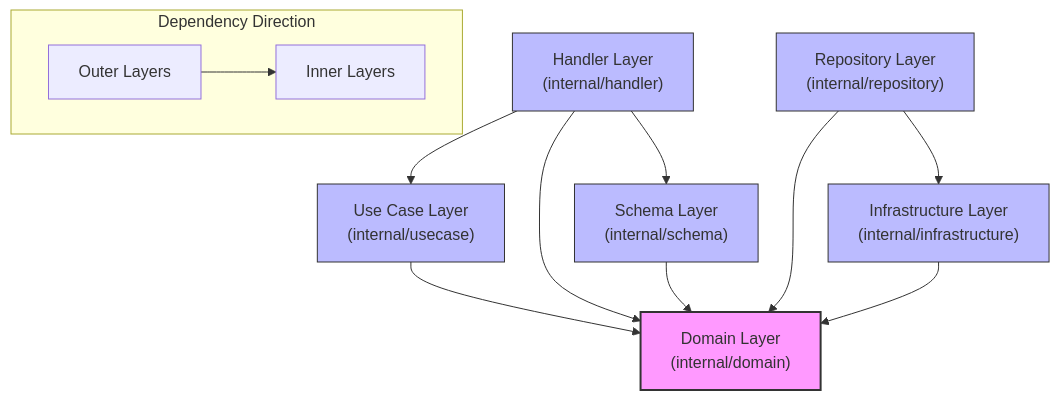
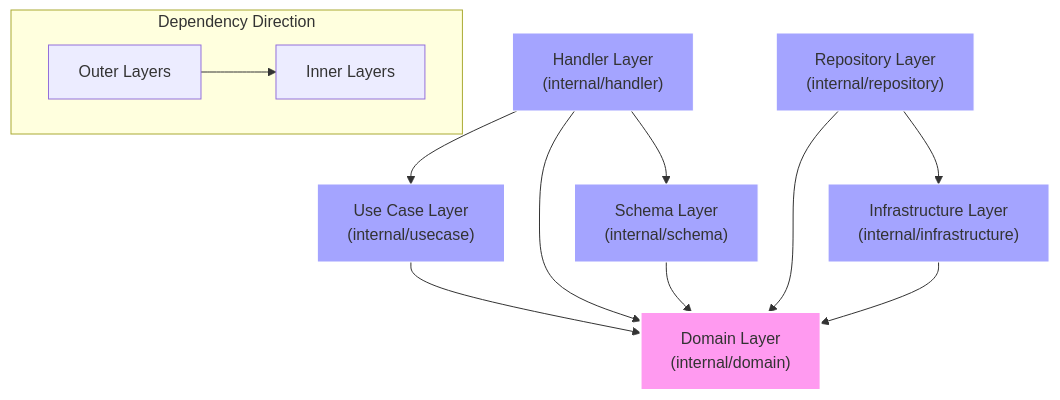
Before and after one commit to ohta-rh/go-backend-boilerplate: the sixth of 6 diagrams in README.md, drawn with Mermaid. The commit also changed other lines of this file, not shown here.

````diff
--- a/README.md
+++ b/README.md
@@ -297,29 +297,29 @@
 ```mermaid
 flowchart TD
     subgraph "Dependency Direction"
         direction LR
         Outer["Outer Layers"] --> Inner["Inner Layers"]
     end
     
     Domain["Domain Layer<br/>(internal/domain)"]
     UseCase["Use Case Layer<br/>(internal/usecase)"]
     Handler["Handler Layer<br/>(internal/handler)"]
     Repository["Repository Layer<br/>(internal/repository)"]
     Infrastructure["Infrastructure Layer<br/>(internal/infrastructure)"]
     Schema["Schema Layer<br/>(internal/schema)"]
     
     Handler --> UseCase
     Handler --> Domain
     Handler --> Schema
     UseCase --> Domain
     Repository --> Domain
     Repository --> Infrastructure
     Infrastructure --> Domain
     Schema --> Domain
     
-    classDef core fill:#f9f,stroke:#333,stroke-width:2px;
-    classDef outer fill:#bbf,stroke:#333,stroke-width:1px;
+    classDef core fill:#ff9af0,stroke:#fff,stroke-width:2px;
+    classDef outer fill:#a4a4ff,stroke:#fff,stroke-width:1px;
     
     class Domain core;
     class UseCase,Handler,Repository,Infrastructure,Schema outer;
 ```
````
